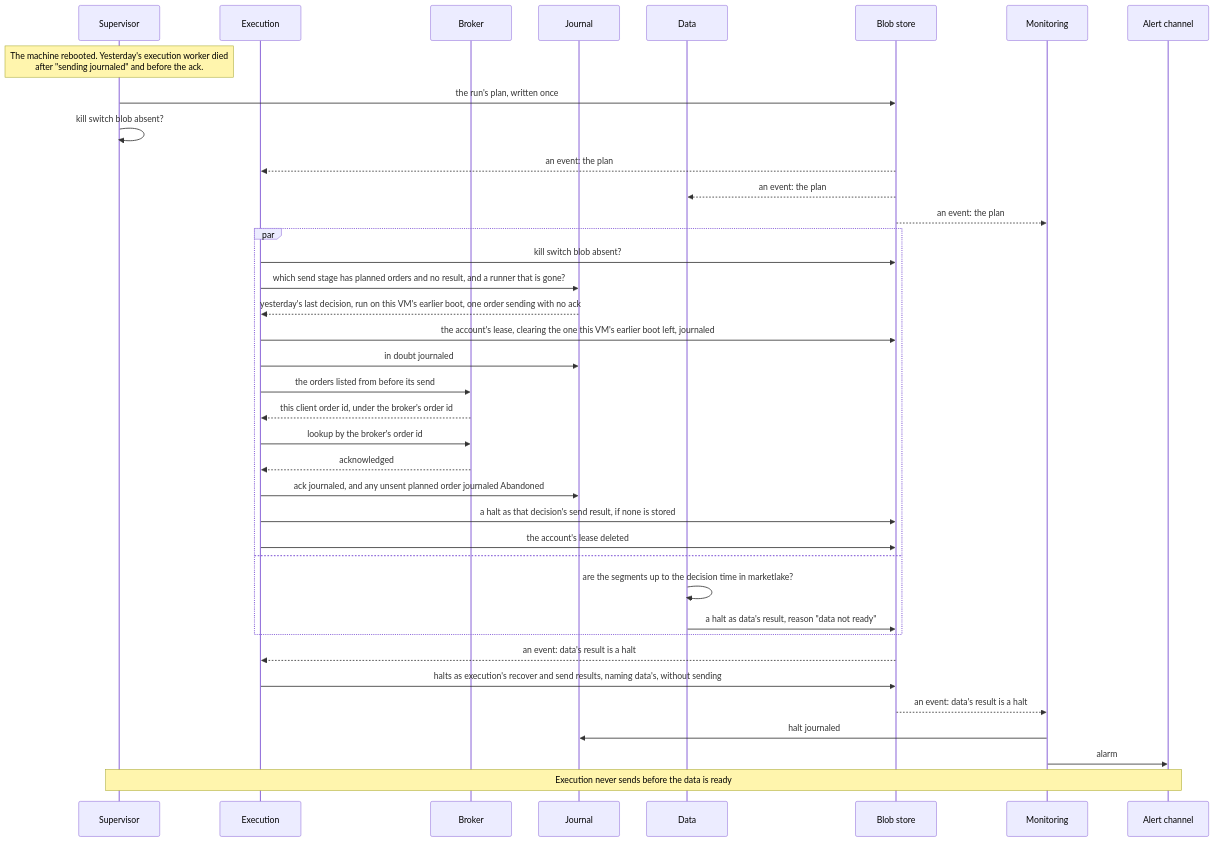
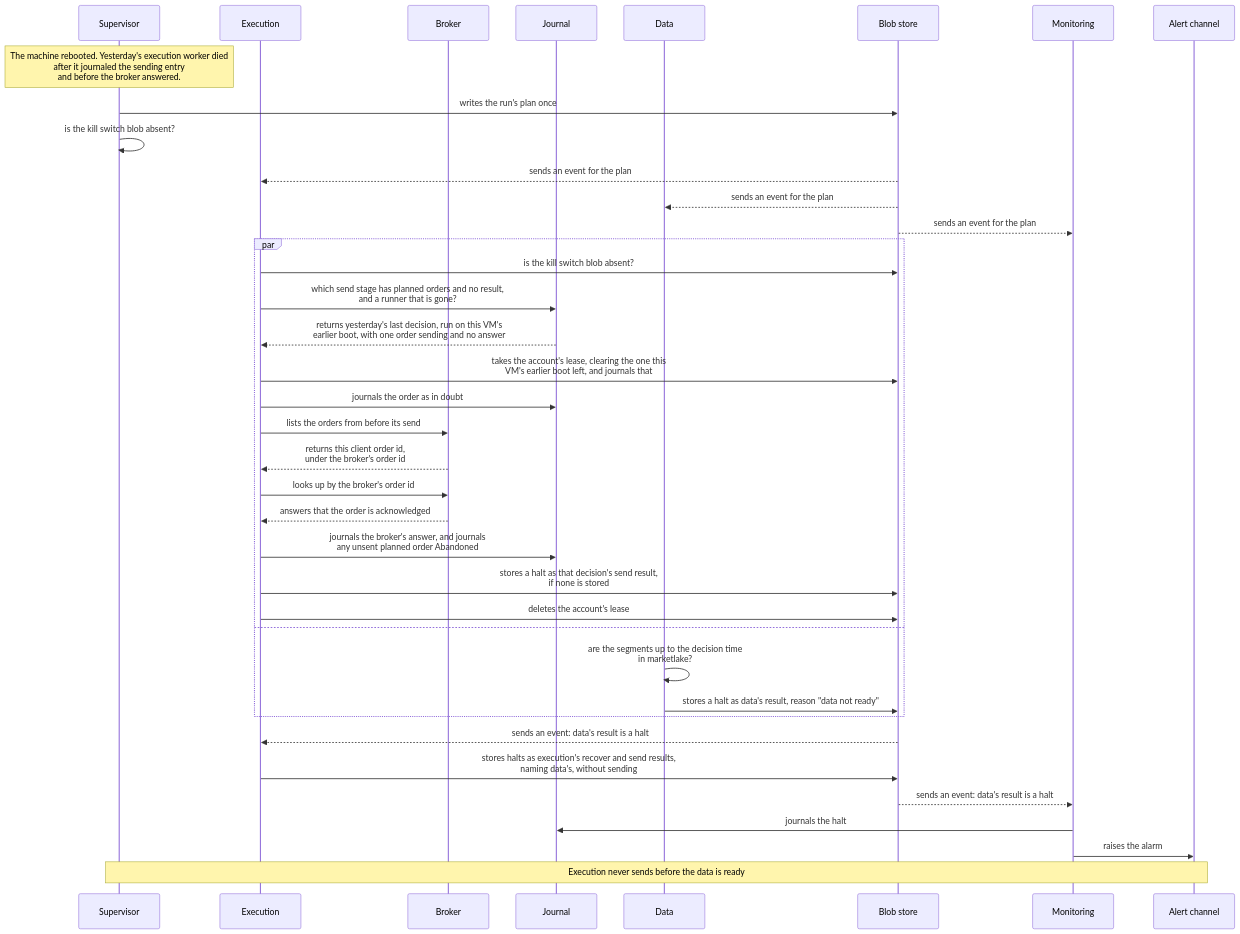
Diagram 22 of 35 in docs/architecture.md (l3a0/ithildin-runtime), drawn with Mermaid before and after one commit. The commit also changed other lines of this file and 2 other files, not shown here.

First line of the commit message:
docs: restyle the words in the Mermaid diagrams

````diff
--- a/docs/architecture.md
+++ b/docs/architecture.md
@@ -1242,41 +1242,41 @@
 ```mermaid
 sequenceDiagram
     participant V as Supervisor
     participant X as Execution
     participant B as Broker
     participant J as Journal
     participant D as Data
     participant F as Blob store
     participant M as Monitoring
     participant L as Alert channel
 
-    Note over V: The machine rebooted. Yesterday's execution worker died<br/>after "sending journaled" and before the ack.
-    V->>F: the run's plan, written once
-    V->>V: kill switch blob absent?
-    F-->>X: an event: the plan
-    F-->>D: an event: the plan
-    F-->>M: an event: the plan
+    Note over V: The machine rebooted. Yesterday's execution worker died<br/>after it journaled the sending entry<br/>and before the broker answered.
+    V->>F: writes the run's plan once
+    V->>V: is the kill switch blob absent?
+    F-->>X: sends an event for the plan
+    F-->>D: sends an event for the plan
+    F-->>M: sends an event for the plan
     par
-        X->>F: kill switch blob absent?
-        X->>J: which send stage has planned orders and no result, and a runner that is gone?
-        J-->>X: yesterday's last decision, run on this VM's earlier boot, one order sending with no ack
-        X->>F: the account's lease, clearing the one this VM's earlier boot left, journaled
-        X->>J: in doubt journaled
-        X->>B: the orders listed from before its send
-        B-->>X: this client order id, under the broker's order id
-        X->>B: lookup by the broker's order id
-        B-->>X: acknowledged
-        X->>J: ack journaled, and any unsent planned order journaled Abandoned
-        X->>F: a halt as that decision's send result, if none is stored
-        X->>F: the account's lease deleted
+        X->>F: is the kill switch blob absent?
+        X->>J: which send stage has planned orders and no result,<br/>and a runner that is gone?
+        J-->>X: returns yesterday's last decision, run on this VM's<br/>earlier boot, with one order sending and no answer
+        X->>F: takes the account's lease, clearing the one this<br/>VM's earlier boot left, and journals that
+        X->>J: journals the order as in doubt
+        X->>B: lists the orders from before its send
+        B-->>X: returns this client order id,<br/>under the broker's order id
+        X->>B: looks up by the broker's order id
+        B-->>X: answers that the order is acknowledged
+        X->>J: journals the broker's answer, and journals<br/>any unsent planned order Abandoned
+        X->>F: stores a halt as that decision's send result,<br/>if none is stored
+        X->>F: deletes the account's lease
     and
-        D->>D: are the segments up to the decision time in marketlake?
-        D->>F: a halt as data's result, reason "data not ready"
+        D->>D: are the segments up to the decision time<br/>in marketlake?
+        D->>F: stores a halt as data's result, reason "data not ready"
     end
-    F-->>X: an event: data's result is a halt
-    X->>F: halts as execution's recover and send results, naming data's, without sending
-    F-->>M: an event: data's result is a halt
-    M->>J: halt journaled
-    M->>L: alarm
+    F-->>X: sends an event: data's result is a halt
+    X->>F: stores halts as execution's recover and send results,<br/>naming data's, without sending
+    F-->>M: sends an event: data's result is a halt
+    M->>J: journals the halt
+    M->>L: raises the alarm
     Note over V,L: Execution never sends before the data is ready
 ```
````
